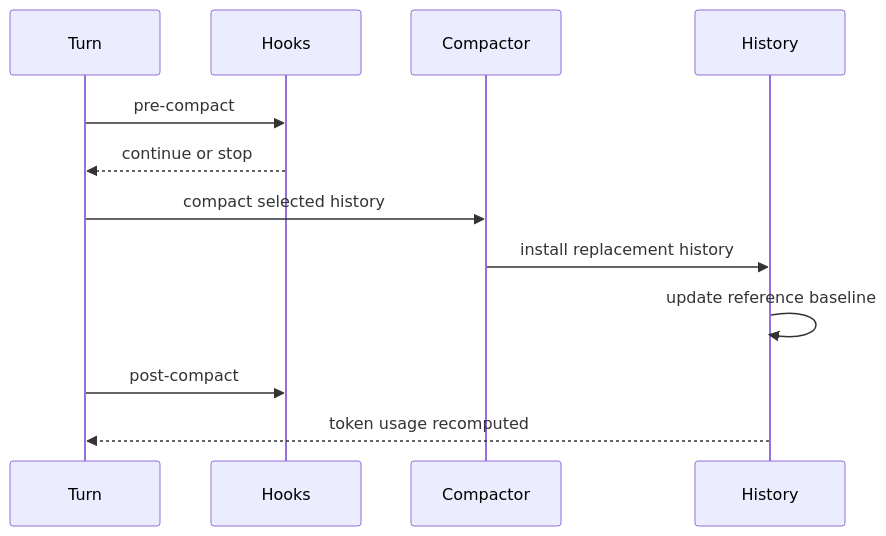
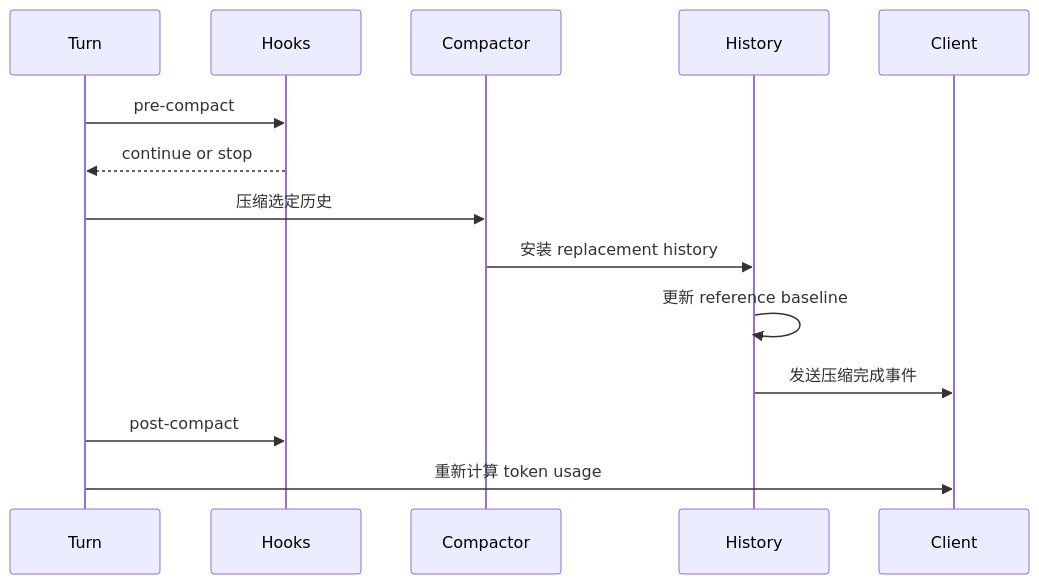
The first of 2 diagrams in docs/zh/codex-context-management/chapter-06.md (WineChord/books), drawn with Mermaid before and after one commit. The commit also changed other lines of this file and 21 other files, not shown here.

````diff
--- a/docs/zh/codex-context-management/chapter-06.md
+++ b/docs/zh/codex-context-management/chapter-06.md
@@ -25,14 +29,16 @@
 ```mermaid
 sequenceDiagram
   participant Turn
   participant Hooks
   participant Compactor
   participant History
+  participant Client
   Turn->>Hooks: pre-compact
   Hooks-->>Turn: continue or stop
-  Turn->>Compactor: compact selected history
-  Compactor->>History: install replacement history
-  History->>History: update reference baseline
+  Turn->>Compactor: 压缩选定历史
+  Compactor->>History: 安装 replacement history
+  History->>History: 更新 reference baseline
+  History->>Client: 发送压缩完成事件
   Turn->>Hooks: post-compact
-  History-->>Turn: token usage recomputed
+  Turn->>Client: 重新计算 token usage
 ```
````
